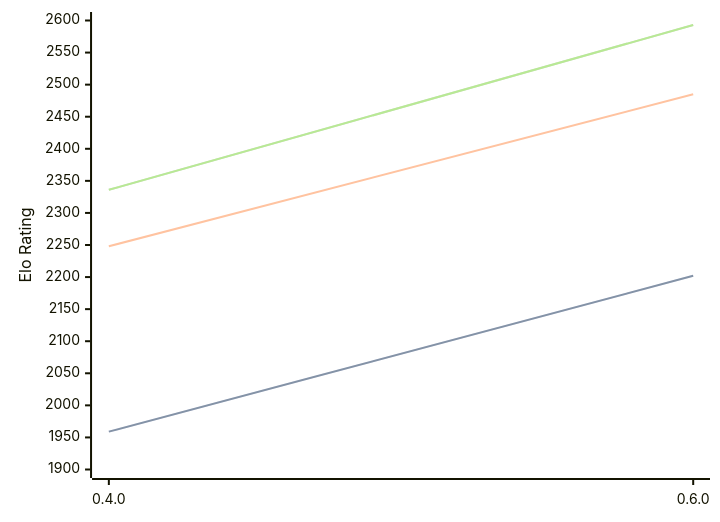
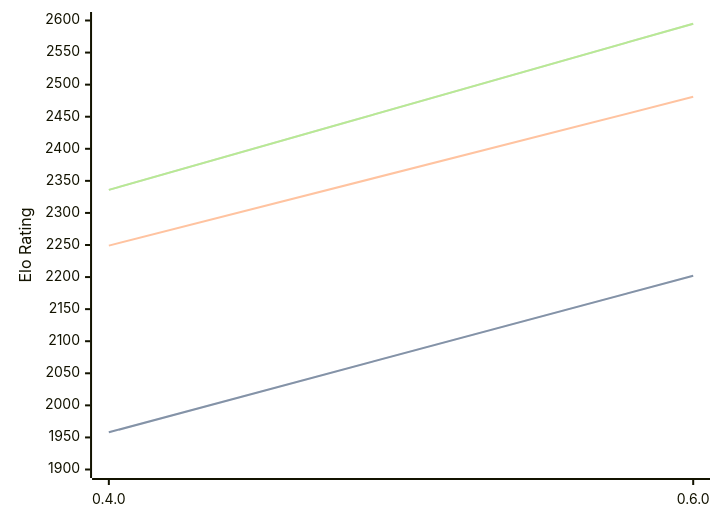
Before and after one commit to computer-chess-index/cci: the diagram in engines/Ariadne.md, drawn with Mermaid. The commit also changed other lines of this file, not shown here.

Commit message:
Update CCI Ratings (ELO VLTC) - 2026-09-10

````diff
--- a/engines/Ariadne.md
+++ b/engines/Ariadne.md
@@ -36,11 +36,11 @@
 ```mermaid
 %%{init: {"theme":"base","themeVariables":{"seriesColors:['#a3a3a3','#222221','#faa371']}}}%%
 xychart-beta
   x-axis ["0.4.0", "0.6.0"]
   y-axis "Elo Rating" 1900 --> 2600
-  line "" [1959, 2202]
-  line "STC (8.0+0.08s)" [1959, 2202]
-  line "LTC (60.0+0.60s)" [2248, 2485]
-  line "" [2336, 2593]
-  line "VLTC (2m24s+1.12s)" [2336, 2593]
+  line "" [1958, 2202]
+  line "STC (8.0+0.08s)" [1958, 2202]
+  line "LTC (60.0+0.60s)" [2249, 2481]
+  line "" [2336, 2595]
+  line "VLTC (2m24s+1.12s)" [2336, 2595]
 ```
````
